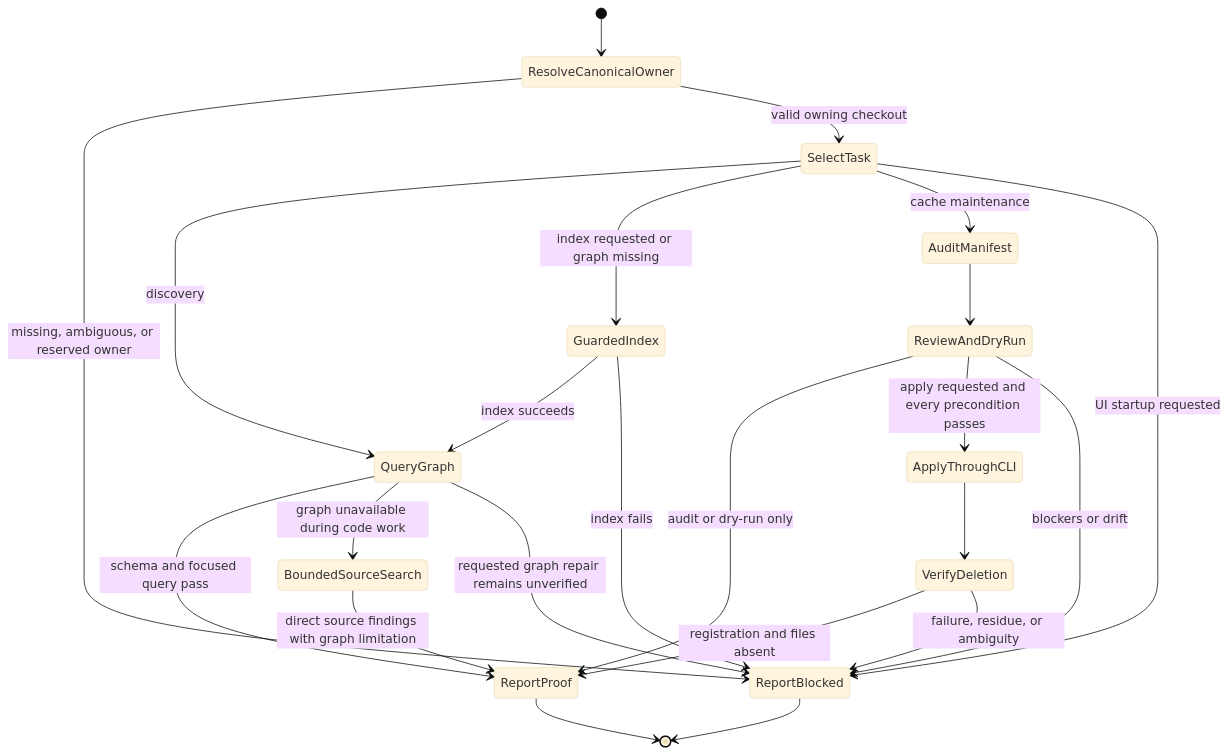
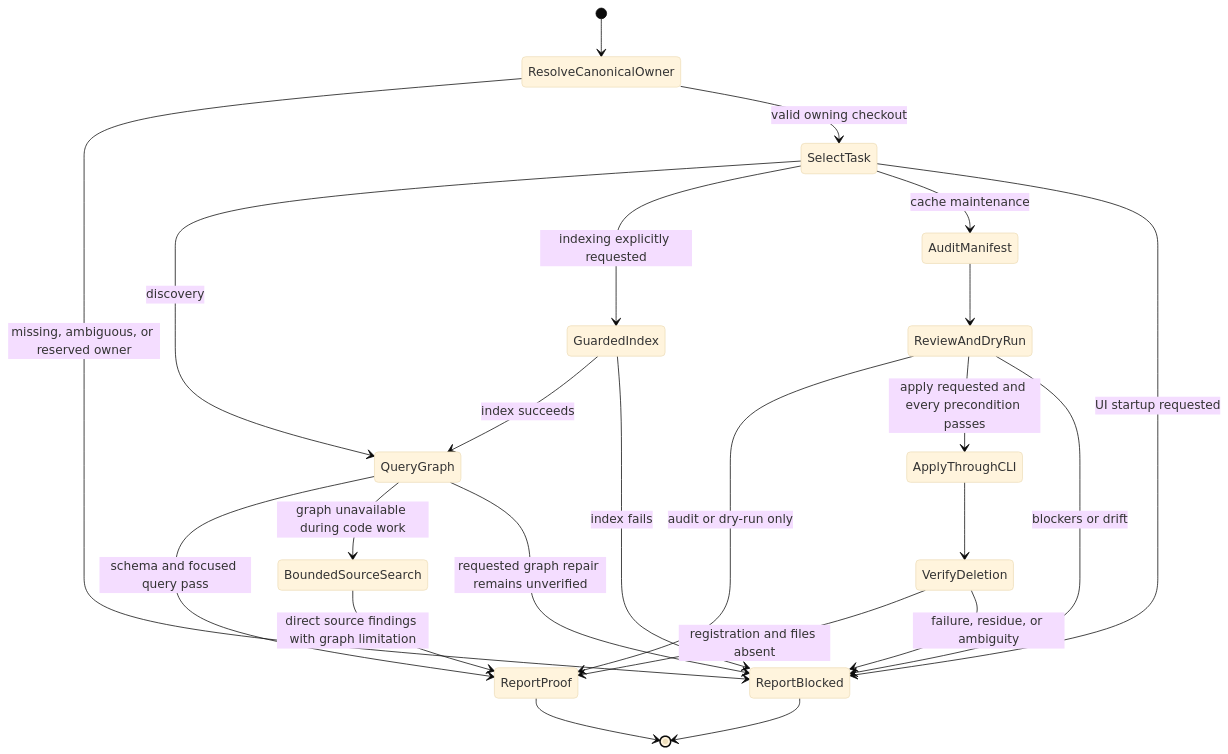
One commit to vincentkoc/dotskills changed the diagram in skills/codebase-memory-mcp/SKILL.md. Above: the diagram before and after it, drawn with Mermaid (base theme).

Commit message:
fix(skills): require explicit indexing in discovery flow

````diff
--- a/skills/codebase-memory-mcp/SKILL.md
+++ b/skills/codebase-memory-mcp/SKILL.md
@@ -97,26 +97,26 @@
 ```mermaid
 stateDiagram-v2
     [*] --> ResolveCanonicalOwner
     ResolveCanonicalOwner --> ReportBlocked: missing, ambiguous, or reserved owner
     ResolveCanonicalOwner --> SelectTask: valid owning checkout
     state SelectTask <<choice>>
     SelectTask --> QueryGraph: discovery
-    SelectTask --> GuardedIndex: index requested or graph missing
+    SelectTask --> GuardedIndex: indexing explicitly requested
     SelectTask --> AuditManifest: cache maintenance
     SelectTask --> ReportBlocked: UI startup requested
     GuardedIndex --> QueryGraph: index succeeds
     GuardedIndex --> ReportBlocked: index fails
     QueryGraph --> ReportProof: schema and focused query pass
     QueryGraph --> BoundedSourceSearch: graph unavailable during code work
     BoundedSourceSearch --> ReportProof: direct source findings with graph limitation
     QueryGraph --> ReportBlocked: requested graph repair remains unverified
     AuditManifest --> ReviewAndDryRun
     ReviewAndDryRun --> ReportProof: audit or dry-run only
     ReviewAndDryRun --> ApplyThroughCLI: apply requested and every precondition passes
     ReviewAndDryRun --> ReportBlocked: blockers or drift
     ApplyThroughCLI --> VerifyDeletion
     VerifyDeletion --> ReportProof: registration and files absent
     VerifyDeletion --> ReportBlocked: failure, residue, or ambiguity
     ReportProof --> [*]
     ReportBlocked --> [*]
 ```
````
